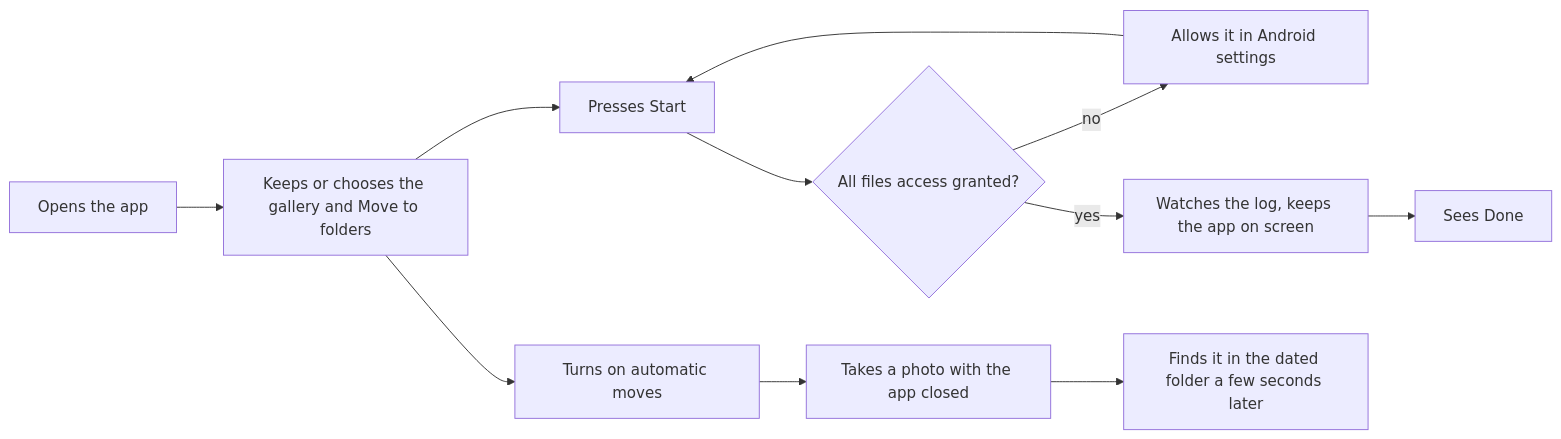
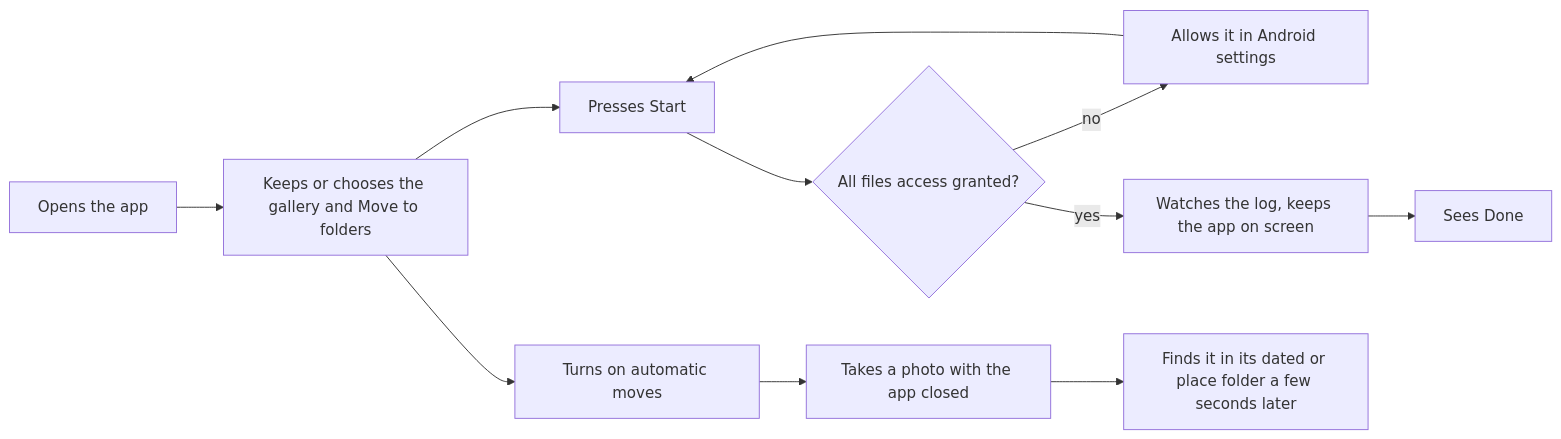
The first of 2 diagrams in android/README.md (oleg-chibikov/media-organizer), drawn with Mermaid before and after one commit. The commit also changed other lines of this file and 66 other files, not shown here.

````diff
--- a/android/README.md
+++ b/android/README.md
@@ -43,12 +45,12 @@
 ```mermaid
 flowchart LR
   open["Opens the app"] --> folders["Keeps or chooses the gallery and Move to folders"]
   folders --> start["Presses Start"]
   start --> access{"All files access granted?"}
   access -->|no| allow["Allows it in Android settings"] --> start
   access -->|yes| run["Watches the log, keeps the app on screen"]
   run --> done["Sees Done"]
   folders --> auto["Turns on automatic moves"]
   auto --> camera["Takes a photo with the app closed"]
-  camera --> moved["Finds it in the dated folder a few seconds later"]
+  camera --> moved["Finds it in its dated or place folder a few seconds later"]
 ```
````
